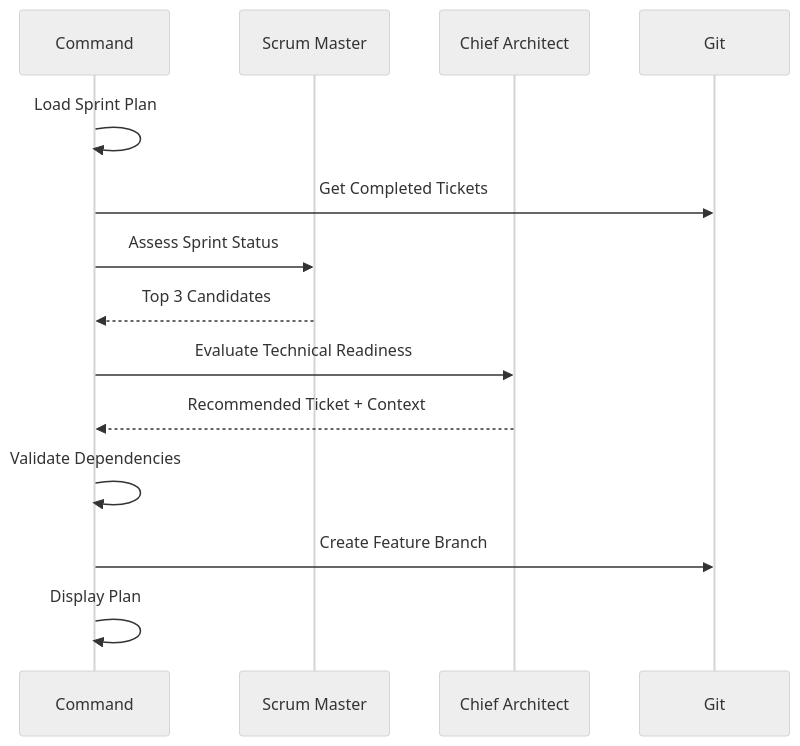
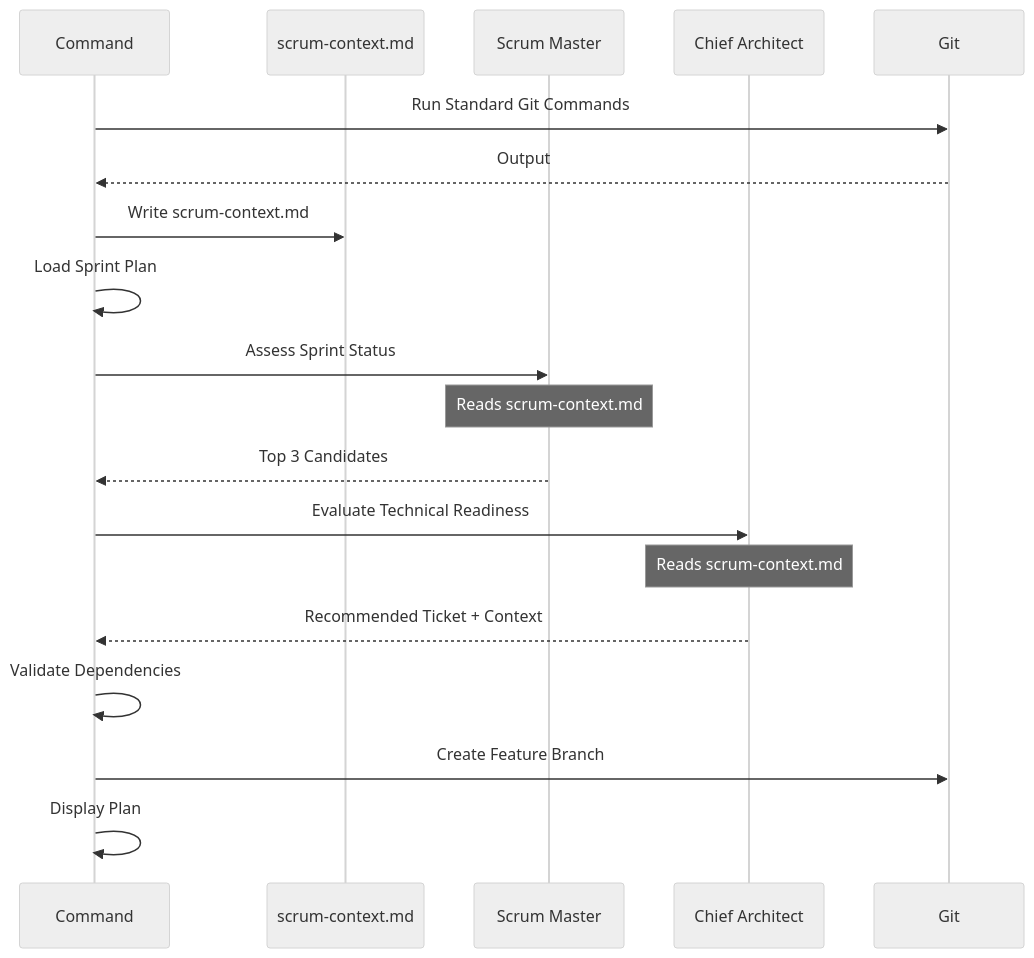
Before and after one commit to jxtngx/ib-interface: the second of 2 diagrams in .cursor/commands/run-ticket-plan.md, drawn with Mermaid (neutral theme). The commit also changed other lines of this file and 4 other files, not shown here.

````diff
--- a/.cursor/commands/run-ticket-plan.md
+++ b/.cursor/commands/run-ticket-plan.md
@@ -240,17 +295,22 @@
 ```mermaid
 sequenceDiagram
     participant C as Command
+    participant SC as scrum-context.md
     participant SM as Scrum Master
     participant CQA as Chief Architect
     participant G as Git
     
+    C->>G: Run Standard Git Commands
+    G-->>C: Output
+    C->>SC: Write scrum-context.md
     C->>C: Load Sprint Plan
-    C->>G: Get Completed Tickets
     C->>SM: Assess Sprint Status
+    Note over SM: Reads scrum-context.md
     SM-->>C: Top 3 Candidates
     C->>CQA: Evaluate Technical Readiness
+    Note over CQA: Reads scrum-context.md
     CQA-->>C: Recommended Ticket + Context
     C->>C: Validate Dependencies
     C->>G: Create Feature Branch
     C->>C: Display Plan
 ```
````
